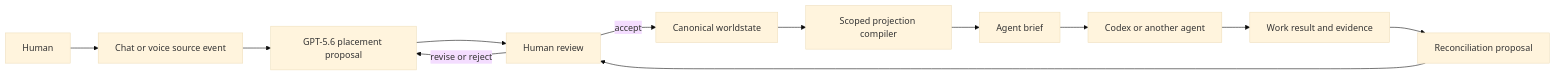
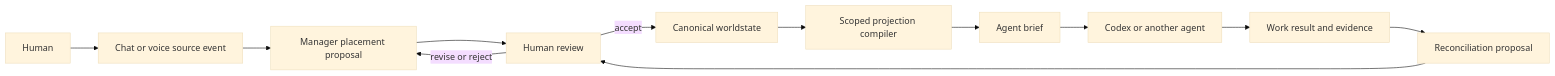
One commit to LexLattice/odeu-worldstate changed the diagram in docs/architecture.md. Above: the diagram before and after it, drawn with Mermaid (base theme). The commit also changed other lines of this file and 83 other files, not shown here.

````diff
--- a/docs/architecture.md
+++ b/docs/architecture.md
@@ -12,14 +27,14 @@
 ```mermaid
 flowchart LR
     H["Human"] --> S["Chat or voice source event"]
-    S --> P["GPT-5.6 placement proposal"]
+    S --> P["Manager placement proposal"]
     P --> R["Human review"]
     R -->|accept| W["Canonical worldstate"]
     R -->|revise or reject| P
     W --> C["Scoped projection compiler"]
     C --> B["Agent brief"]
     B --> A["Codex or another agent"]
     A --> X["Work result and evidence"]
     X --> Q["Reconciliation proposal"]
     Q --> R
 ```
````
